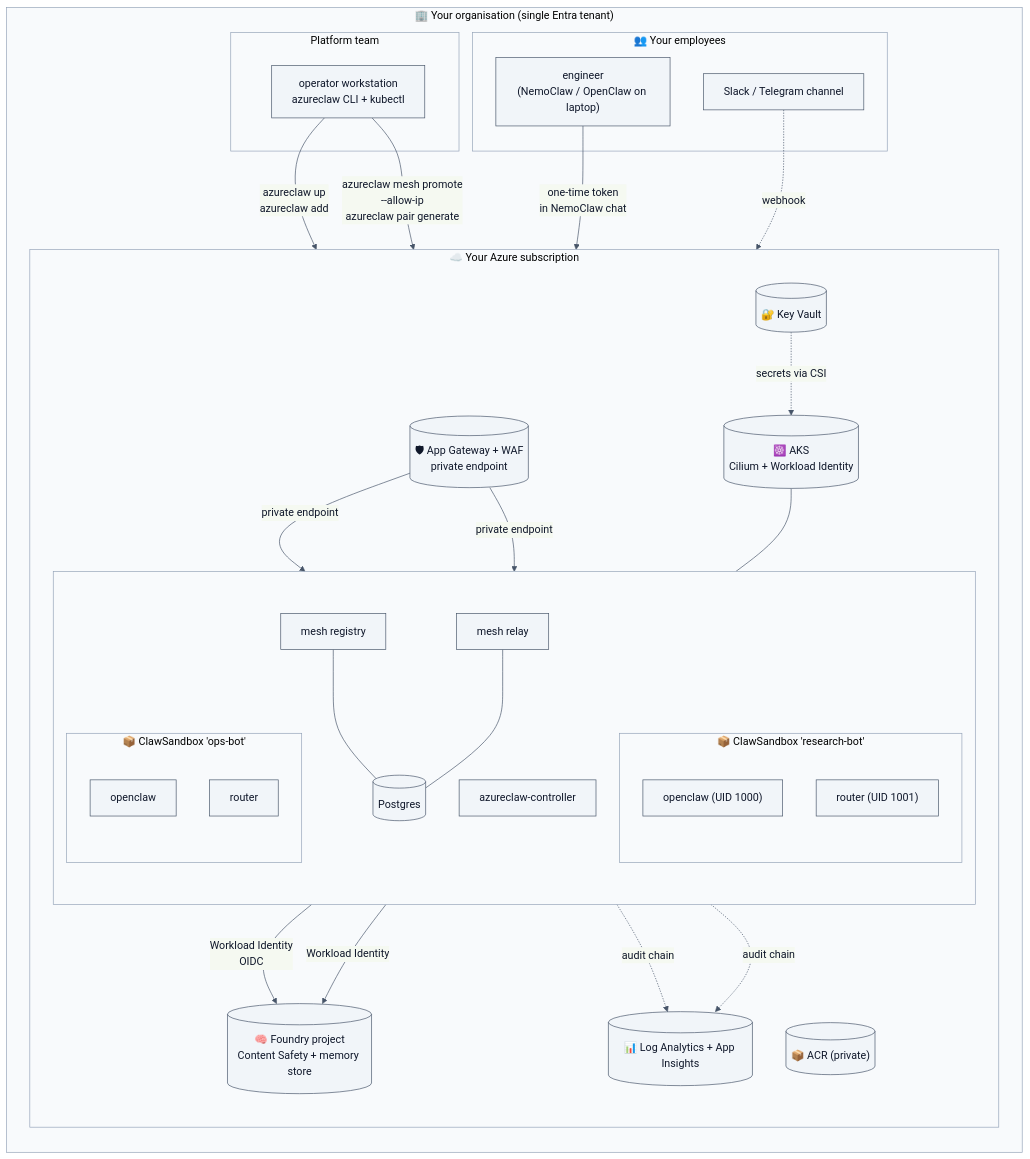
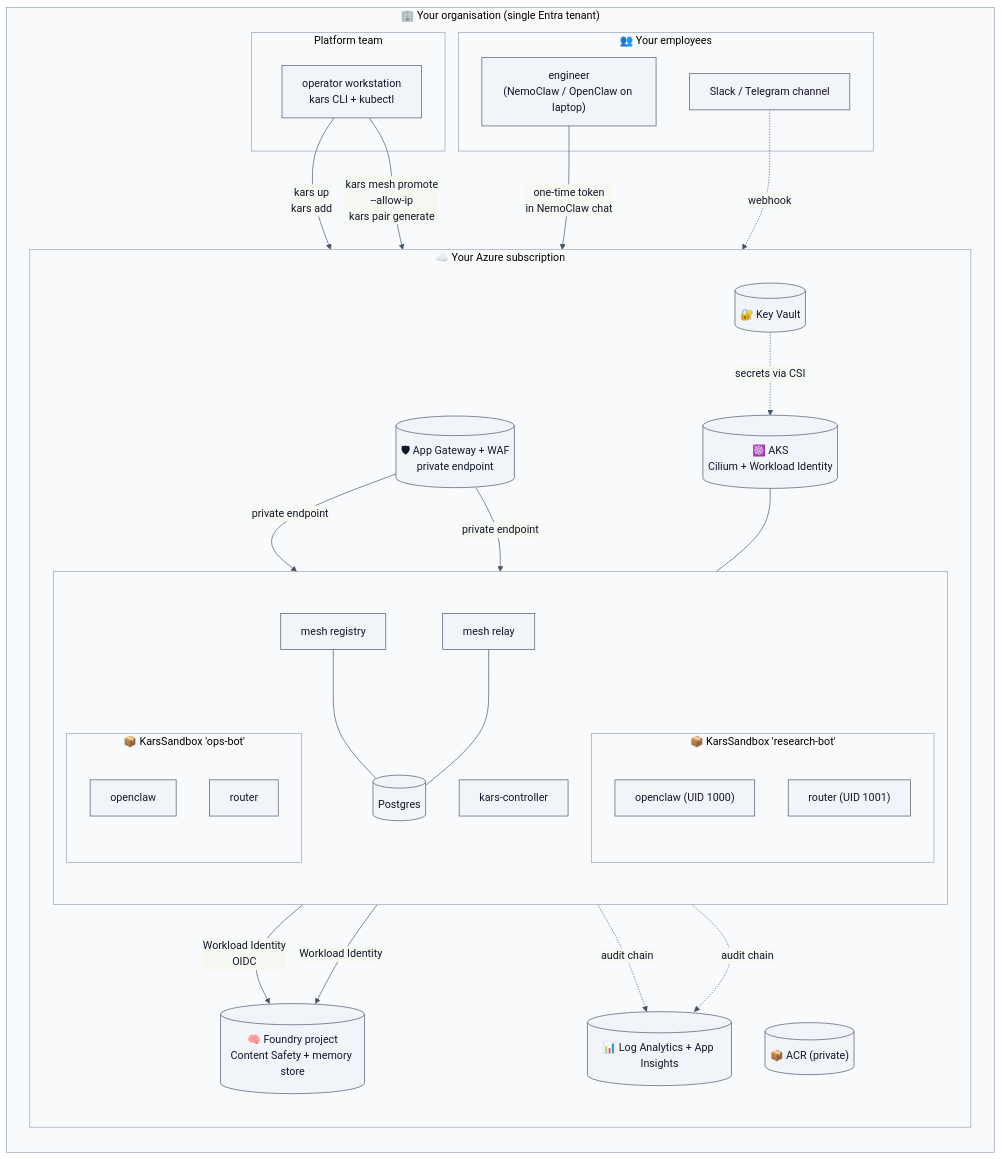
One commit to lachie83/kars changed the first of 3 diagrams in docs/blueprints/02-enterprise-self-hosted.md. Above: the diagram before and after it, drawn with Mermaid. The commit also changed other lines of this file and 694 other files, not shown here.

````diff
--- a/docs/blueprints/02-enterprise-self-hosted.md
+++ b/docs/blueprints/02-enterprise-self-hosted.md
@@ -13,60 +13,60 @@
 ```mermaid
 %%{init: {'theme':'base','themeVariables':{'primaryColor':'#f1f5f9','primaryBorderColor':'#475569','primaryTextColor':'#0f172a','lineColor':'#475569','clusterBkg':'#f8fafc','clusterBorder':'#94a3b8','fontFamily':'-apple-system, BlinkMacSystemFont, Segoe UI, sans-serif'}}}%%
 flowchart TB
   subgraph Corp["🏢 Your organisation (single Entra tenant)"]
     direction TB
 
     subgraph Ops["Platform team"]
-      OpsLaptop["operator workstation<br/>azureclaw CLI + kubectl"]
+      OpsLaptop["operator workstation<br/>kars CLI + kubectl"]
     end
 
     subgraph Azure["☁️ Your Azure subscription"]
       direction TB
       AKS[("☸️ AKS<br/>Cilium + Workload Identity")]
       ACR[("📦 ACR (private)")]
       AGW[("🛡 App Gateway + WAF<br/>private endpoint")]
       FND[("🧠 Foundry project<br/>Content Safety + memory store")]
       KV[("🔐 Key Vault")]
       LAW[("📊 Log Analytics + App Insights")]
 
       subgraph AKSContent[" "]
         direction TB
-        CTRL["azureclaw-controller"]
+        CTRL["kars-controller"]
         REG["mesh registry"]
         RLY["mesh relay"]
         PG[("Postgres")]
 
-        subgraph SBX1["📦 ClawSandbox 'research-bot'"]
+        subgraph SBX1["📦 KarsSandbox 'research-bot'"]
           OC1["openclaw (UID 1000)"]
           IR1["router (UID 1001)"]
         end
-        subgraph SBX2["📦 ClawSandbox 'ops-bot'"]
+        subgraph SBX2["📦 KarsSandbox 'ops-bot'"]
           OC2["openclaw"]
           IR2["router"]
         end
       end
       AKS --- AKSContent
     end
 
     subgraph Users["👥 Your employees"]
       Eng["engineer<br/>(NemoClaw / OpenClaw on laptop)"]
       Slack["Slack / Telegram channel"]
     end
   end
 
-  OpsLaptop -->|"azureclaw up<br/>azureclaw add"| AKS
+  OpsLaptop -->|"kars up<br/>kars add"| AKS
   IR1 -->|"Workload Identity<br/>OIDC"| FND
   IR2 -->|"Workload Identity"| FND
   IR1 -.->|"audit chain"| LAW
   IR2 -.->|"audit chain"| LAW
   AGW -->|"private endpoint"| REG
   AGW -->|"private endpoint"| RLY
   REG --- PG
   RLY --- PG
   KV -.->|"secrets via CSI"| AKS
 
-  OpsLaptop -->|"azureclaw mesh promote<br/>--allow-ip <corp-cidr><br/>azureclaw pair generate"| AGW
+  OpsLaptop -->|"kars mesh promote<br/>--allow-ip <corp-cidr><br/>kars pair generate"| AGW
   Eng -->|"one-time token<br/>in NemoClaw chat"| AGW
 
   Slack -.->|"webhook"| OC1
 ```
````
